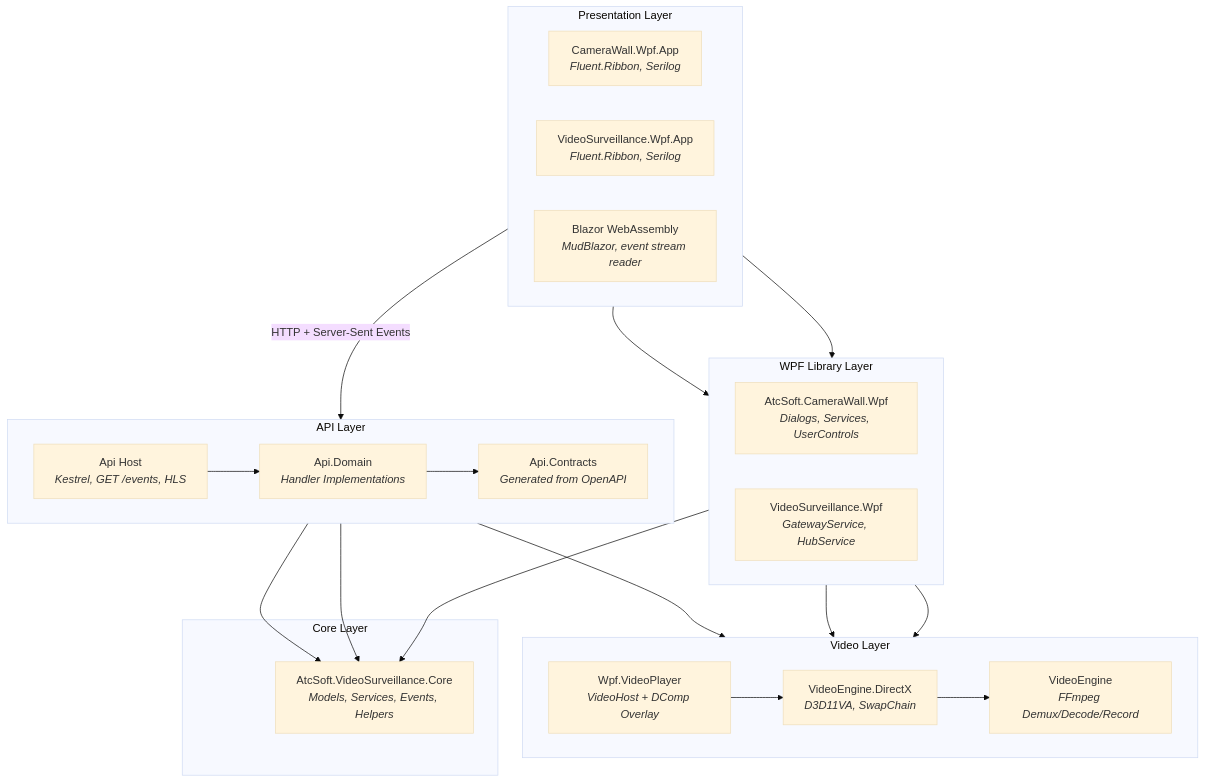
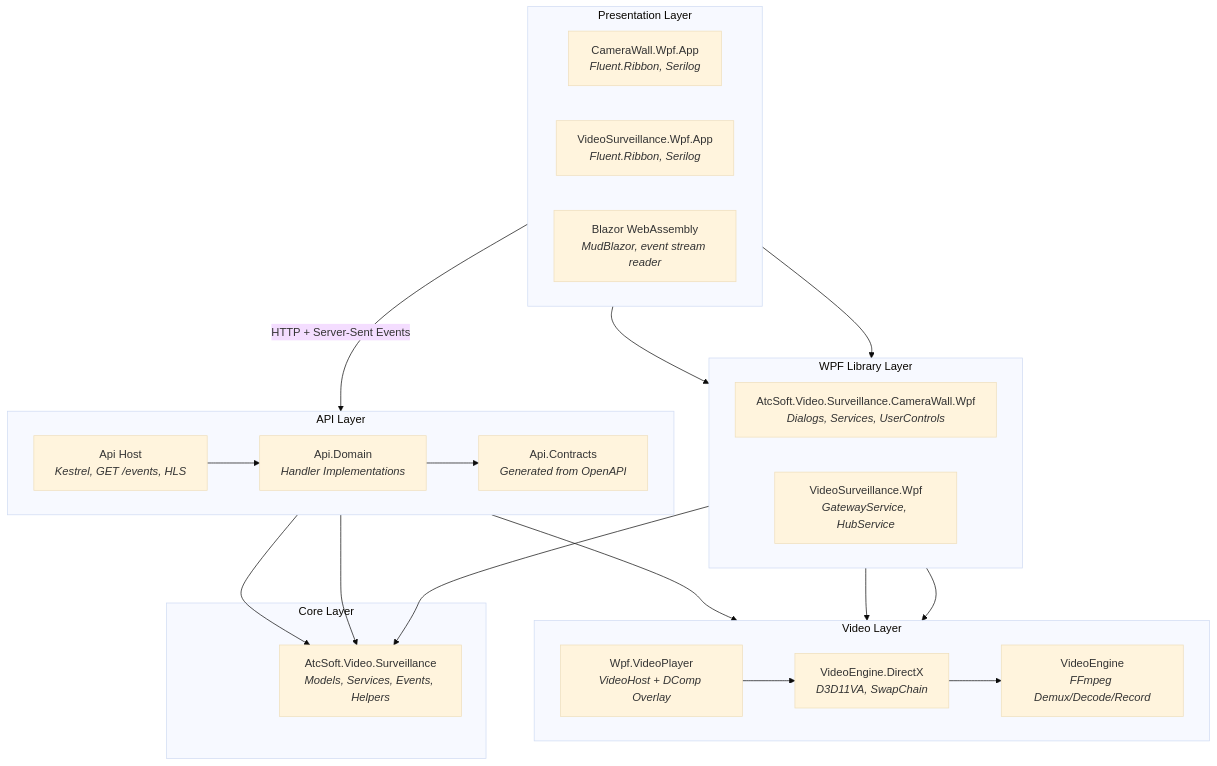
One commit to atc-net-apps/atc-soft-video-surveillance changed the third of 8 diagrams in docs/architecture.md. Above: the diagram before and after it, drawn with Mermaid (base theme). The commit also changed other lines of this file and 2917 other files, not shown here.

First line of the commit message:
refactor: rename to AtcSoft.Video.Surveillance

````diff
--- a/docs/architecture.md
+++ b/docs/architecture.md
@@ -79,47 +79,47 @@
 ```mermaid
 graph TB
     subgraph Presentation["Presentation Layer"]
         direction LR
         AppShell["CameraWall.Wpf.App<br/><i>Fluent.Ribbon, Serilog</i>"]
         VSAppShell["VideoSurveillance.Wpf.App<br/><i>Fluent.Ribbon, Serilog</i>"]
         BlazorUI["Blazor WebAssembly<br/><i>MudBlazor, event stream reader</i>"]
     end
 
     subgraph Library["WPF Library Layer"]
         direction LR
-        CWLib["AtcSoft.CameraWall.Wpf<br/><i>Dialogs, Services, UserControls</i>"]
+        CWLib["AtcSoft.Video.Surveillance.CameraWall.Wpf<br/><i>Dialogs, Services, UserControls</i>"]
         VSLib["VideoSurveillance.Wpf<br/><i>GatewayService, HubService</i>"]
     end
 
     subgraph VideoLayer["Video Layer"]
         direction LR
         VideoPlayer["Wpf.VideoPlayer<br/><i>VideoHost + DComp Overlay</i>"]
         DirectX["VideoEngine.DirectX<br/><i>D3D11VA, SwapChain</i>"]
         VideoEngine["VideoEngine<br/><i>FFmpeg Demux/Decode/Record</i>"]
     end
 
     subgraph APILayer["API Layer"]
         direction LR
         APIHost["Api Host<br/><i>Kestrel, GET /events, HLS</i>"]
         DomainHandlers["Api.Domain<br/><i>Handler Implementations</i>"]
         ContractsGen["Api.Contracts<br/><i>Generated from OpenAPI</i>"]
     end
 
     subgraph CoreLayer["Core Layer"]
-        Core["AtcSoft.VideoSurveillance.Core<br/><i>Models, Services, Events, Helpers</i>"]
+        Core["AtcSoft.Video.Surveillance<br/><i>Models, Services, Events, Helpers</i>"]
     end
 
     AppShell --> CWLib
     VSAppShell --> VSLib
     CWLib --> VideoPlayer
     VSLib --> VideoPlayer
     CWLib --> Core
     VideoPlayer --> DirectX
     DirectX --> VideoEngine
     BlazorUI -- "HTTP + Server-Sent Events" --> APIHost
     APIHost --> DomainHandlers
     DomainHandlers --> ContractsGen
     APIHost --> Core
     APIHost --> VideoEngine
     ContractsGen --> Core
 ```
````
